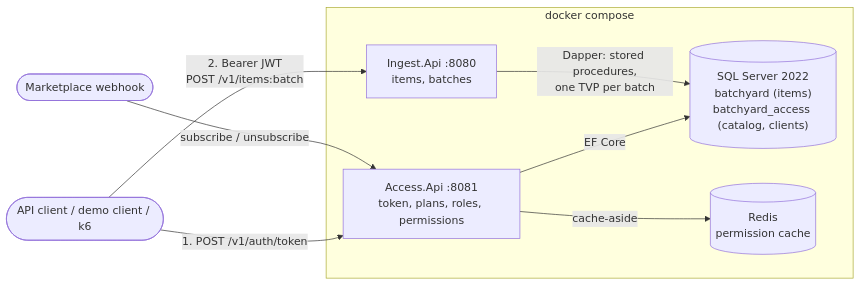
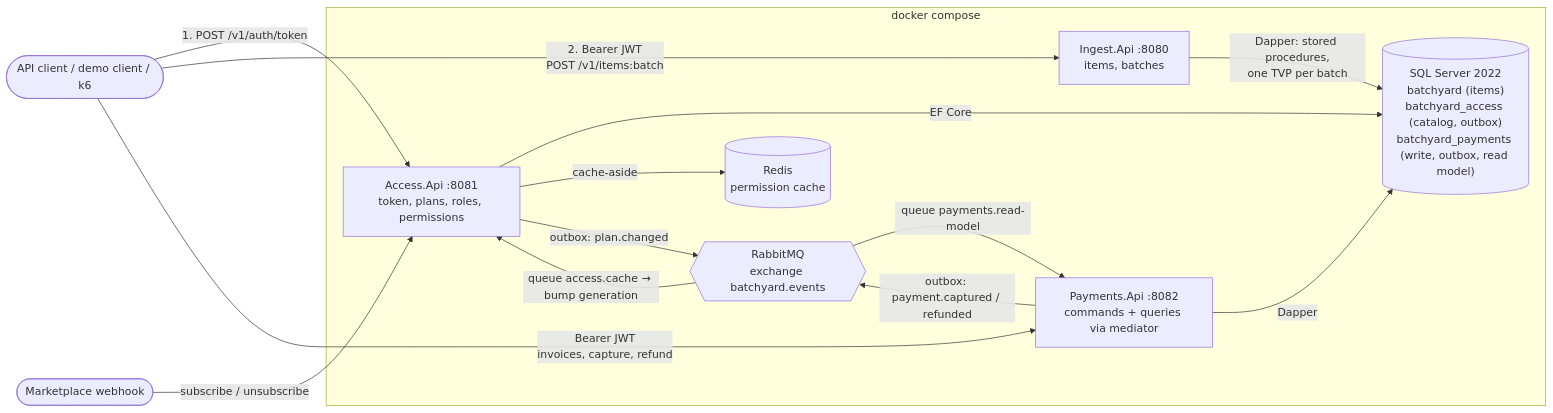
The first of 5 diagrams in docs/architecture.md (Arggon/dotnet-batchyard), drawn with Mermaid before and after one commit. The commit also changed other lines of this file and 1 other file, not shown here.

First line of the commit message:
docs: README and architecture for milestone 3

````diff
--- a/docs/architecture.md
+++ b/docs/architecture.md
@@ -7,17 +7,25 @@
 ```mermaid
 flowchart LR
     client([API client / demo client / k6])
     market([Marketplace webhook])
     subgraph compose [docker compose]
         access["Access.Api :8081<br/>token, plans, roles, permissions"]
         api["Ingest.Api :8080<br/>items, batches"]
-        db[("SQL Server 2022<br/>batchyard (items)<br/>batchyard_access (catalog, clients)")]
+        payments["Payments.Api :8082<br/>commands + queries via mediator"]
+        db[("SQL Server 2022<br/>batchyard (items)<br/>batchyard_access (catalog, outbox)<br/>batchyard_payments (write, outbox, read model)")]
         redis[("Redis<br/>permission cache")]
+        mq{{"RabbitMQ<br/>exchange batchyard.events"}}
     end
     client -->|"1. POST /v1/auth/token"| access
     client -->|"2. Bearer JWT<br/>POST /v1/items:batch"| api
+    client -->|"Bearer JWT<br/>invoices, capture, refund"| payments
     market -->|"subscribe / unsubscribe"| access
     access -->|EF Core| db
     access -->|cache-aside| redis
     api -->|"Dapper: stored procedures,<br/>one TVP per batch"| db
+    payments -->|Dapper| db
+    payments -->|"outbox: payment.captured / refunded"| mq
+    access -->|"outbox: plan.changed"| mq
+    mq -->|"queue payments.read-model"| payments
+    mq -->|"queue access.cache → bump generation"| access
 ```
````
